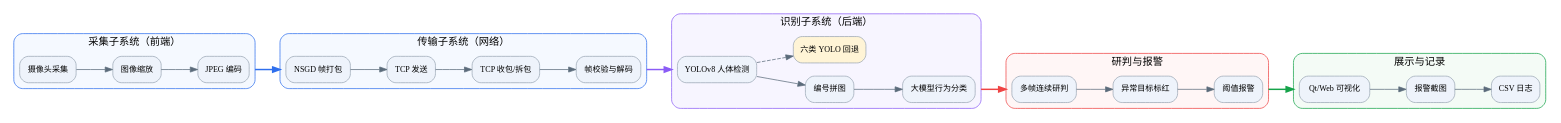
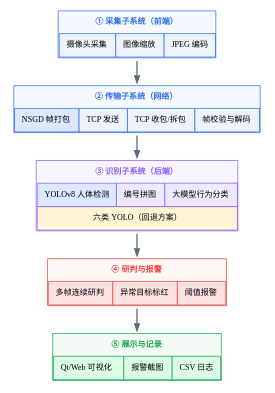
Before and after one commit to XaneheCode/YOLOv8-ClassBehave: the diagram in report-figures/src/funcblock.dot, drawn with Graphviz. The commit also changed 13 other files, not shown here.

First line of the commit message:
docs: professional ML charts + Word-friendly diagrams

```diff
--- a/report-figures/src/funcblock.dot
+++ b/report-figures/src/funcblock.dot
@@ -1,21 +1,38 @@
 digraph funcblock {
-  graph [charset="UTF-8", rankdir=LR, compound=true, nodesep=0.25, ranksep=0.7, fontname="WenQuanYi Zen Hei", bgcolor="white"];
-  node  [fontname="WenQuanYi Zen Hei", shape=box, style="rounded,filled", color="#9aa7b4", fillcolor="#eef3fb", fontsize=11, margin="0.14,0.08"];
-  edge  [fontname="WenQuanYi Zen Hei", color="#5b6b7b"];
+  graph [charset="UTF-8", rankdir=TB, nodesep=0.3, ranksep=0.42, fontname="WenQuanYi Zen Hei", bgcolor="white"];
+  node  [shape=plaintext, fontname="WenQuanYi Zen Hei", fontsize=11];
+  edge  [color="#5b6b7b", penwidth=1.8, arrowsize=0.9];
 
-  subgraph cluster_a { label="采集子系统（前端）"; color="#2f6fed"; style=rounded; bgcolor="#f5f9ff";
-    A1[label="摄像头采集"]; A2[label="图像缩放"]; A3[label="JPEG 编码"]; A1->A2->A3; }
-  subgraph cluster_b { label="传输子系统（网络）"; color="#2f6fed"; style=rounded; bgcolor="#f5f9ff";
-    B1[label="NSGD 帧打包"]; B2[label="TCP 发送"]; B3[label="TCP 收包/拆包"]; B4[label="帧校验与解码"]; B1->B2->B3->B4; }
-  subgraph cluster_c { label="识别子系统（后端）"; color="#8b5cf6"; style=rounded; bgcolor="#f7f5ff";
-    C1[label="YOLOv8 人体检测"]; C2[label="编号拼图"]; C3[label="大模型行为分类"]; C4[label="六类 YOLO 回退", fillcolor="#fff4d6"]; C1->C2->C3; C1->C4[style=dashed]; }
-  subgraph cluster_d { label="研判与报警"; color="#ef4444"; style=rounded; bgcolor="#fff6f6";
-    D1[label="多帧连续研判"]; D2[label="异常目标标红"]; D3[label="阈值报警"]; D1->D2->D3; }
-  subgraph cluster_e { label="展示与记录"; color="#16a34a"; style=rounded; bgcolor="#f4fbf6";
-    E1[label="Qt/Web 可视化"]; E2[label="报警截图"]; E3[label="CSV 日志"]; E1->E2->E3; }
+  A [label=<
+    <table border="1" color="#2f6fed" cellborder="1" cellspacing="0" cellpadding="9" bgcolor="#f5f9ff">
+      <tr><td colspan="3" border="0"><font color="#2f6fed"><b>① 采集子系统（前端）</b></font></td></tr>
+      <tr><td bgcolor="#eef3fb">摄像头采集</td><td bgcolor="#eef3fb">图像缩放</td><td bgcolor="#eef3fb">JPEG 编码</td></tr>
+    </table>>];
 
-  A3 -> B1 [ltail=cluster_a, lhead=cluster_b, penwidth=2, color="#2f6fed"];
-  B4 -> C1 [ltail=cluster_b, lhead=cluster_c, penwidth=2, color="#8b5cf6"];
-  C3 -> D1 [ltail=cluster_c, lhead=cluster_d, penwidth=2, color="#ef4444"];
-  D3 -> E1 [ltail=cluster_d, lhead=cluster_e, penwidth=2, color="#16a34a"];
+  B [label=<
+    <table border="1" color="#2f6fed" cellborder="1" cellspacing="0" cellpadding="9" bgcolor="#f5f9ff">
+      <tr><td colspan="4" border="0"><font color="#2f6fed"><b>② 传输子系统（网络）</b></font></td></tr>
+      <tr><td bgcolor="#dbe8ff">NSGD 帧打包</td><td bgcolor="#eef3fb">TCP 发送</td><td bgcolor="#eef3fb">TCP 收包/拆包</td><td bgcolor="#eef3fb">帧校验与解码</td></tr>
+    </table>>];
+
+  C [label=<
+    <table border="1" color="#8b5cf6" cellborder="1" cellspacing="0" cellpadding="9" bgcolor="#f7f5ff">
+      <tr><td colspan="3" border="0"><font color="#8b5cf6"><b>③ 识别子系统（后端）</b></font></td></tr>
+      <tr><td bgcolor="#dbe8ff">YOLOv8 人体检测</td><td bgcolor="#ede9fe">编号拼图</td><td bgcolor="#ede9fe">大模型行为分类</td></tr>
+      <tr><td colspan="3" bgcolor="#fff4d6">六类 YOLO（回退方案）</td></tr>
+    </table>>];
+
+  D [label=<
+    <table border="1" color="#ef4444" cellborder="1" cellspacing="0" cellpadding="9" bgcolor="#fff6f6">
+      <tr><td colspan="3" border="0"><font color="#ef4444"><b>④ 研判与报警</b></font></td></tr>
+      <tr><td bgcolor="#fde2e1">多帧连续研判</td><td bgcolor="#fde2e1">异常目标标红</td><td bgcolor="#fde2e1">阈值报警</td></tr>
+    </table>>];
+
+  E [label=<
+    <table border="1" color="#16a34a" cellborder="1" cellspacing="0" cellpadding="9" bgcolor="#f4fbf6">
+      <tr><td colspan="3" border="0"><font color="#16a34a"><b>⑤ 展示与记录</b></font></td></tr>
+      <tr><td bgcolor="#dcfce7">Qt/Web 可视化</td><td bgcolor="#dcfce7">报警截图</td><td bgcolor="#dcfce7">CSV 日志</td></tr>
+    </table>>];
+
+  A -> B -> C -> D -> E;
 }
```
